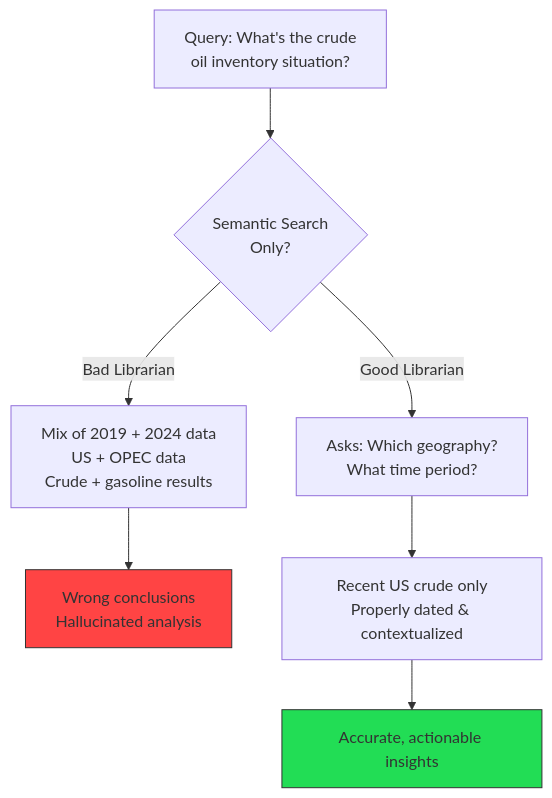
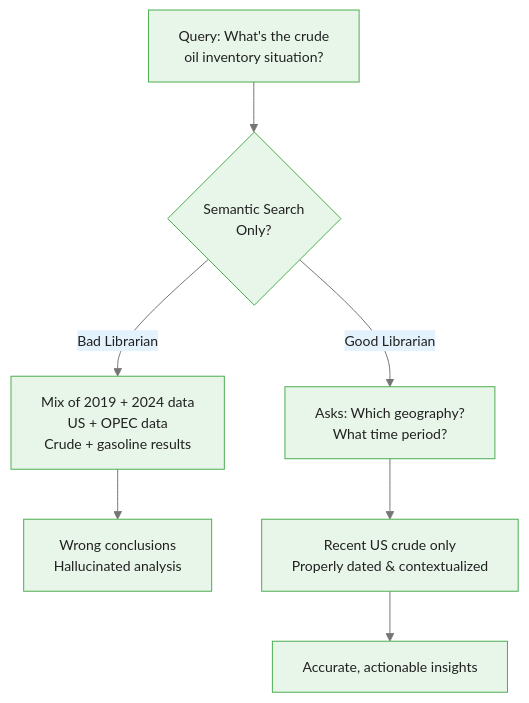
The first of 6 diagrams in courses/genai-commodities/modules/module_02_rag_research/guides/03_retrieval_strategies_slides.md (m-deane/course-creator), drawn with Mermaid before and after one commit. The commit also changed other lines of this file and 84 other files, not shown here.

````diff
--- a/courses/genai-commodities/modules/module_02_rag_research/guides/03_retrieval_strategies_slides.md
+++ b/courses/genai-commodities/modules/module_02_rag_research/guides/03_retrieval_strategies_slides.md
@@ -37,13 +37,11 @@
 ```mermaid
+%%{init: {"theme": "base", "themeVariables": {"primaryColor": "#e8f5e9", "primaryBorderColor": "#4caf50", "primaryTextColor": "#212121", "secondaryColor": "#e3f2fd", "tertiaryColor": "#fff8e1", "lineColor": "#757575", "fontFamily": "Inter, sans-serif", "fontSize": "14px"}}}%%
 flowchart TD
     A[Query: What's the crude<br/>oil inventory situation?] --> B{Semantic Search<br/>Only?}
     B -->|Bad Librarian| C[Mix of 2019 + 2024 data<br/>US + OPEC data<br/>Crude + gasoline results]
     B -->|Good Librarian| D[Asks: Which geography?<br/>What time period?]
 
     C --> E[Wrong conclusions<br/>Hallucinated analysis]
     D --> F[Recent US crude only<br/>Properly dated & contextualized]
     F --> G[Accurate, actionable insights]
-
-    style E fill:#f44,stroke:#333
-    style G fill:#2d5,stroke:#333
 ```
````
